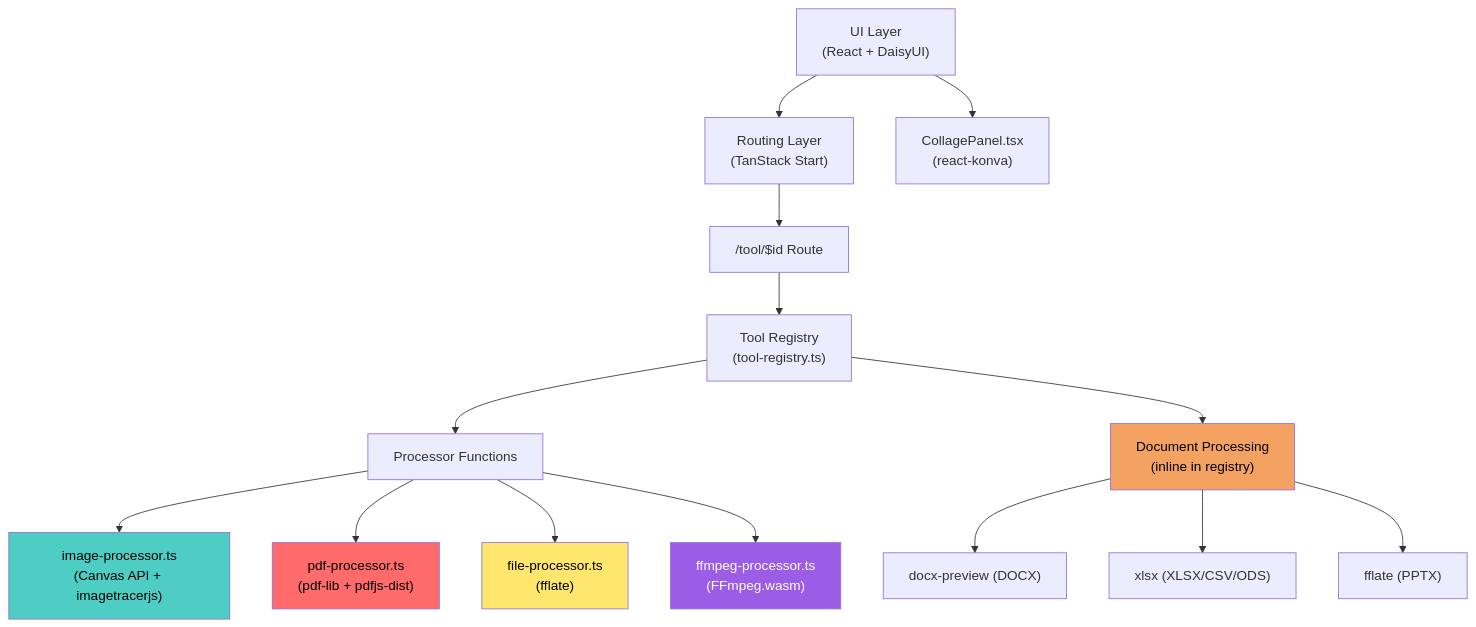
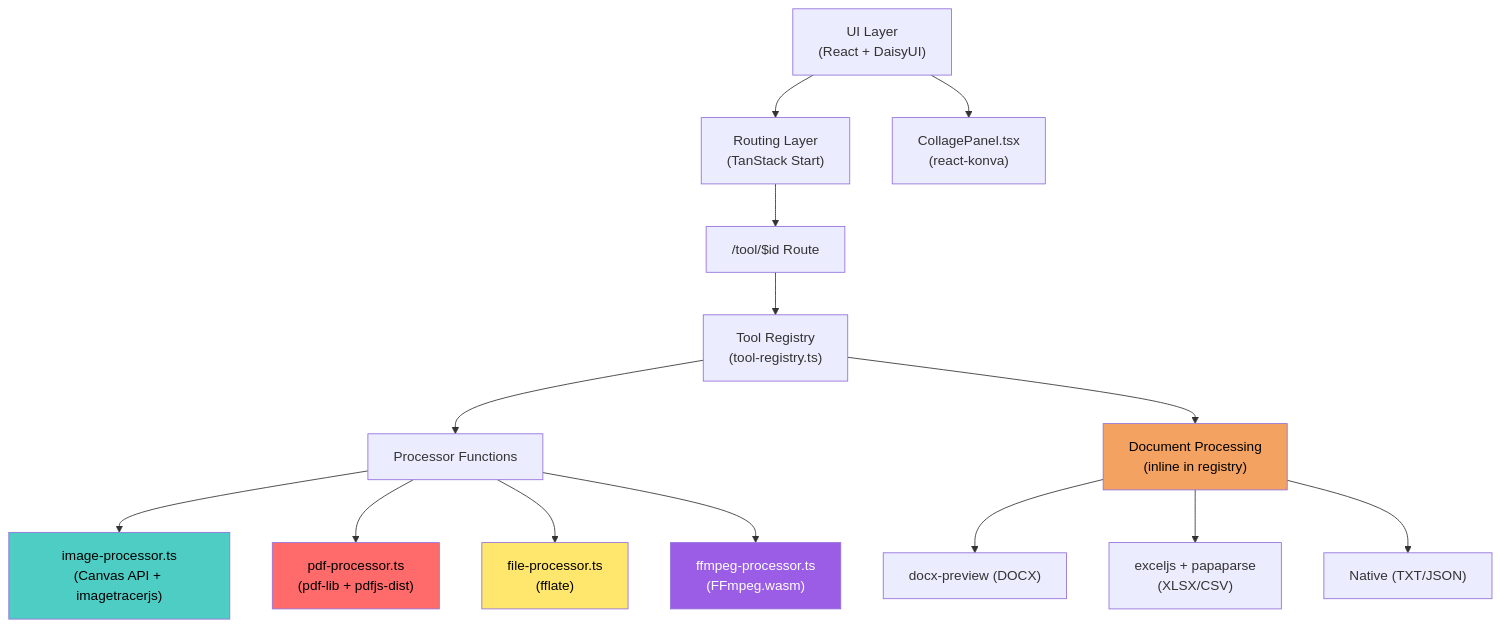
The first of 7 diagrams in README.md (imxade/kitsy), drawn with Mermaid before and after one commit. The commit also changed other lines of this file and 5 other files, not shown here.

````diff
--- a/README.md
+++ b/README.md
@@ -27,22 +16,22 @@
 ```mermaid
 flowchart TD
     UI["UI Layer<br/>(React + DaisyUI)"] --> Router["Routing Layer<br/>(TanStack Start)"]
     Router --> ToolRoute["/tool/$id Route"]
     ToolRoute --> Registry["Tool Registry<br/>(tool-registry.ts)"]
     Registry --> Processors["Processor Functions"]
     Processors --> ImgProc["image-processor.ts<br/>(Canvas API + imagetracerjs)"]
     Processors --> PdfProc["pdf-processor.ts<br/>(pdf-lib + pdfjs-dist)"]
     Processors --> FileProc["file-processor.ts<br/>(fflate)"]
     Processors --> FfmpegProc["ffmpeg-processor.ts<br/>(FFmpeg.wasm)"]
     Registry --> DocInline["Document Processing<br/>(inline in registry)"]
     DocInline --> docxPrev["docx-preview (DOCX)"]
-    DocInline --> xlsxLib["xlsx (XLSX/CSV/ODS)"]
-    DocInline --> fflateLib["fflate (PPTX)"]
+    DocInline --> xlsxLib["exceljs + papaparse<br/>(XLSX/CSV)"]
+    DocInline --> txtJson["Native (TXT/JSON)"]
     UI --> CollageUI["CollagePanel.tsx<br/>(react-konva)"]
 
     style ImgProc fill:#4ecdc4,color:#000
     style PdfProc fill:#ff6b6b,color:#000
     style FileProc fill:#ffe66d,color:#000
     style FfmpegProc fill:#9b5de5,color:#fff
     style DocInline fill:#f4a261,color:#000
 ```
````
